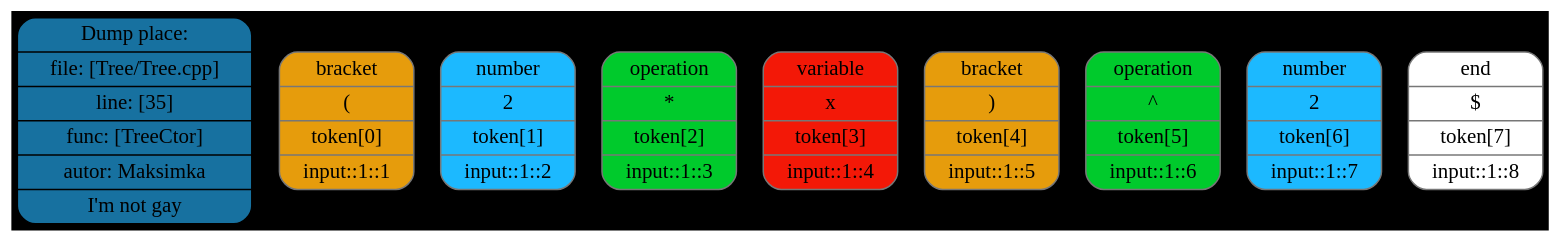
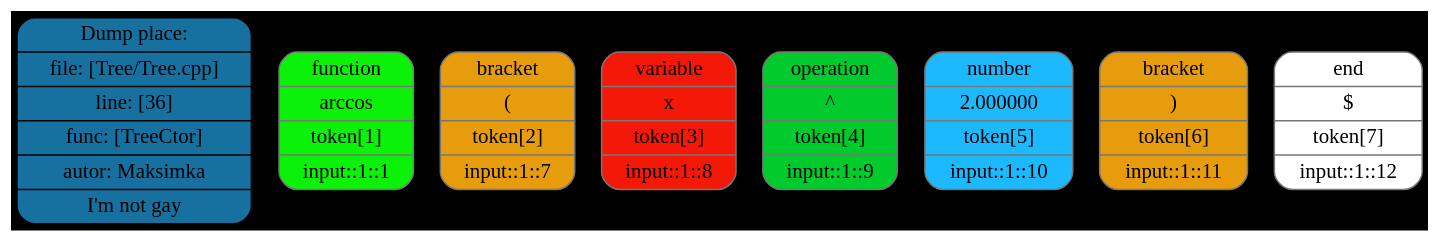
Before and after one commit to Maksim-Sebelev/Differentiator: the diagram in token.dot, drawn with Graphviz. The commit also changed 33 other files, not shown here.

```diff
--- a/token.dot
+++ b/token.dot
@@ -1,14 +1,13 @@
 digraph G{
 rankdir=TB
 graph [bgcolor="#000000"];
 size = "100 5"
-place[shape=Mrecord, style=filled, fillcolor="#1771a0", pos="0,1!",label = " { Dump place: | file: [Tree/Tree.cpp] | line: [35] | func: [TreeCtor] | autor: Maksimka | I'm not gay } "color = "#000000"];
-token0[shape=Mrecord, style=filled, fillcolor="#e69c0c",label = " { bracket | ( |  token[0] |  input::1::1 } ", color = "#777777"];
-token1[shape=Mrecord, style=filled, fillcolor="#1cb9ff",label = " { number | 2 |  token[1] |  input::1::2 } ", color = "#777777"];
-token2[shape=Mrecord, style=filled, fillcolor="#00ca2c",label = " { operation | * |  token[2] |  input::1::3 } ", color = "#777777"];
-token3[shape=Mrecord, style=filled, fillcolor="#f31807",label = " { variable | x |  token[3] |  input::1::4 } ", color = "#777777"];
-token4[shape=Mrecord, style=filled, fillcolor="#e69c0c",label = " { bracket | ) |  token[4] |  input::1::5 } ", color = "#777777"];
-token5[shape=Mrecord, style=filled, fillcolor="#00ca2c",label = " { operation | ^ |  token[5] |  input::1::6 } ", color = "#777777"];
-token6[shape=Mrecord, style=filled, fillcolor="#1cb9ff",label = " { number | 2 |  token[6] |  input::1::7 } ", color = "#777777"];
-token7[shape=Mrecord, style=filled, fillcolor="#ffffff",label = " { end | $ |  token[7] |  input::1::8 } ", color = "#777777"];
+place[shape=Mrecord, style=filled, fillcolor="#1771a0", pos="0,1!",label = " { Dump place: | file: [Tree/Tree.cpp] | line: [36] | func: [TreeCtor] | autor: Maksimka | I'm not gay } "color = "#000000"];
+token0[shape=Mrecord, style=filled, fillcolor="#0cf108",label = " { function | arccos |  token[1] |  input::1::1 } ", color = "#777777"];
+token1[shape=Mrecord, style=filled, fillcolor="#e69c0c",label = " { bracket | ( |  token[2] |  input::1::7 } ", color = "#777777"];
+token2[shape=Mrecord, style=filled, fillcolor="#f31807",label = " { variable | x |  token[3] |  input::1::8 } ", color = "#777777"];
+token3[shape=Mrecord, style=filled, fillcolor="#00ca2c",label = " { operation | ^ |  token[4] |  input::1::9 } ", color = "#777777"];
+token4[shape=Mrecord, style=filled, fillcolor="#1cb9ff",label = " { number |  2.000000 |  token[5] |  input::1::10 } ", color = "#777777"];
+token5[shape=Mrecord, style=filled, fillcolor="#e69c0c",label = " { bracket | ) |  token[6] |  input::1::11 } ", color = "#777777"];
+token6[shape=Mrecord, style=filled, fillcolor="#ffffff",label = " { end | $ |  token[7] |  input::1::12 } ", color = "#777777"];
 }
```
